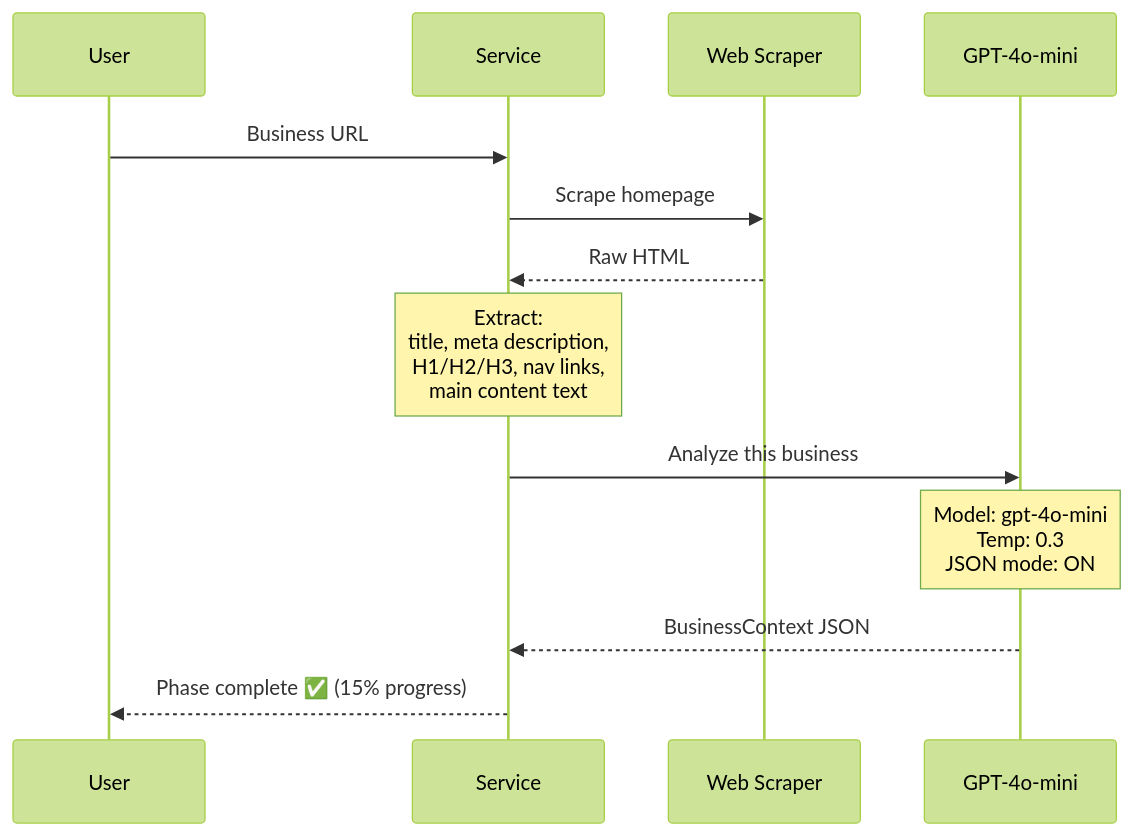
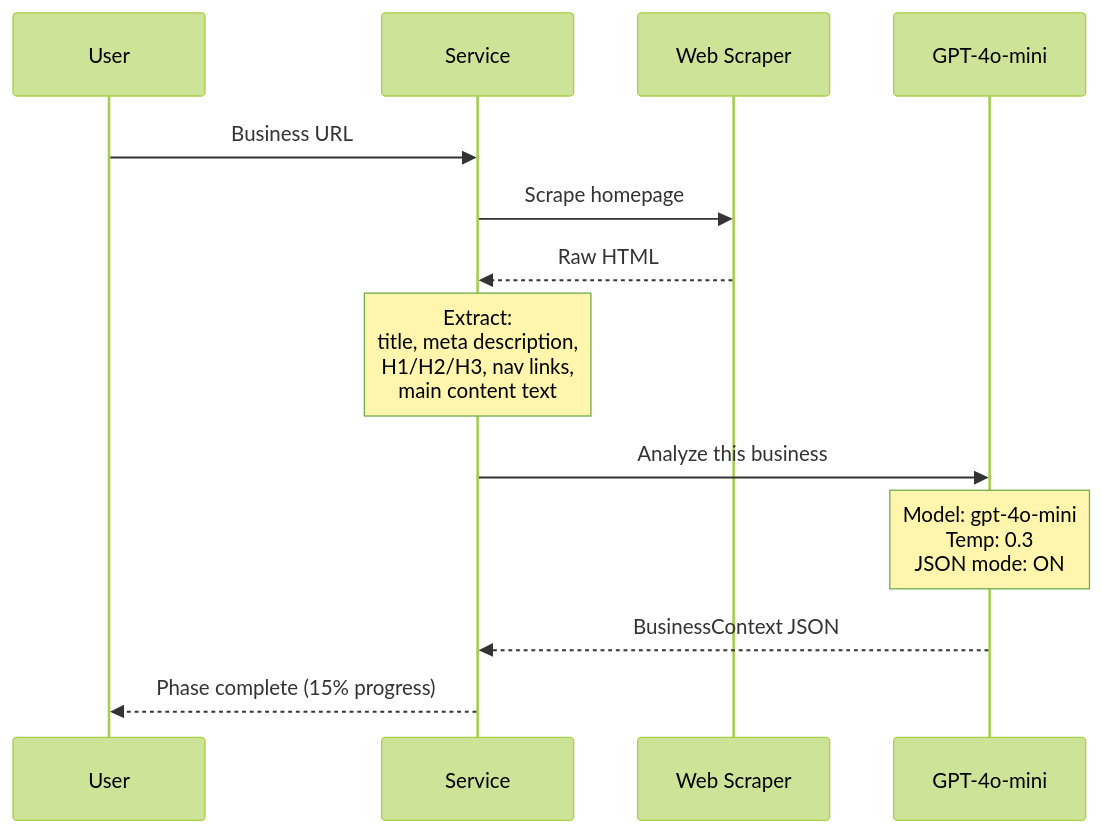
The fourth of 11 diagrams in docs/competitor_architecture.md (modlix-india/Adzump-AI), drawn with Mermaid (forest theme) before and after one commit. The commit also changed other lines of this file, not shown here.

Commit message:
docs: Update competitor architecture status, remove codebase readiness section, and adjust TOC for deferred phases.

````diff
--- a/docs/competitor_architecture.md
+++ b/docs/competitor_architecture.md
@@ -414,19 +362,19 @@
 ```mermaid
 sequenceDiagram
     participant U as User
     participant S as Service
     participant WS as Web Scraper
     participant GPT as GPT-4o-mini
 
     U->>S: Business URL
     S->>WS: Scrape homepage
     WS-->>S: Raw HTML
 
     Note over S: Extract:<br/>title, meta description,<br/>H1/H2/H3, nav links,<br/>main content text
 
     S->>GPT: Analyze this business
     Note over GPT: Model: gpt-4o-mini<br/>Temp: 0.3<br/>JSON mode: ON
     GPT-->>S: BusinessContext JSON
 
-    S-->>U: Phase complete ✅ (15% progress)
+    S-->>U: Phase complete  (15% progress)
 ```
````
